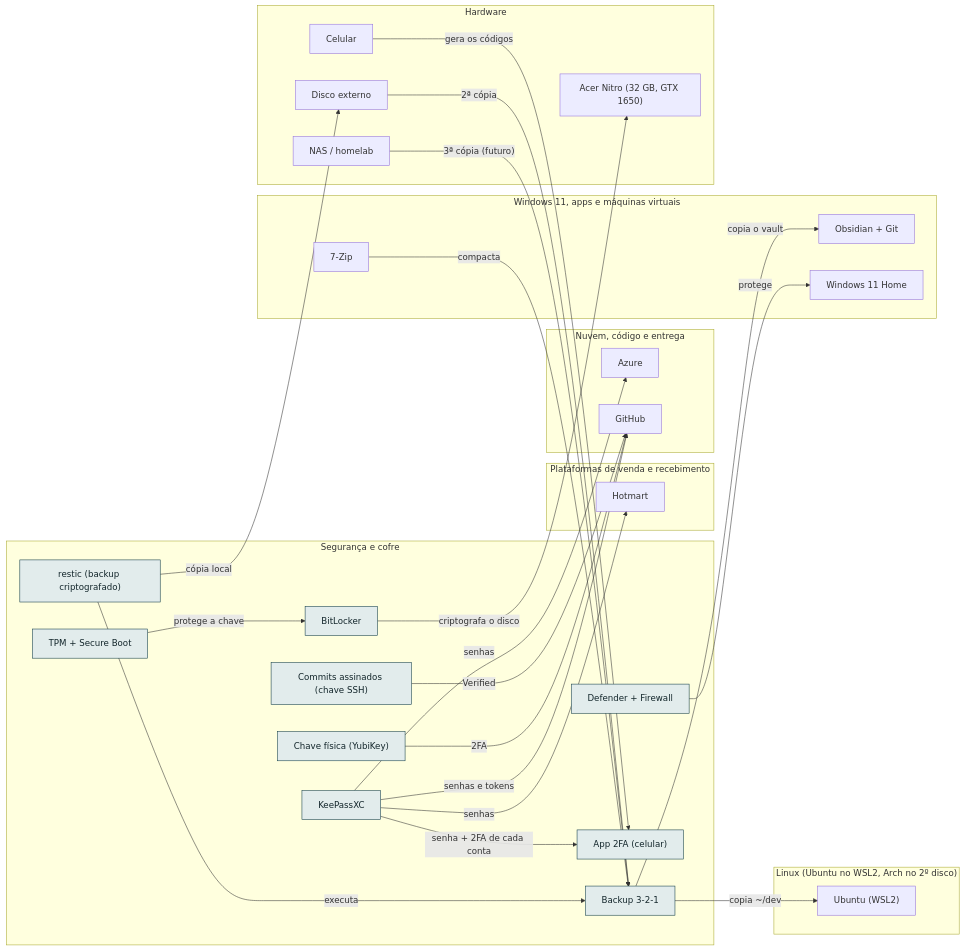
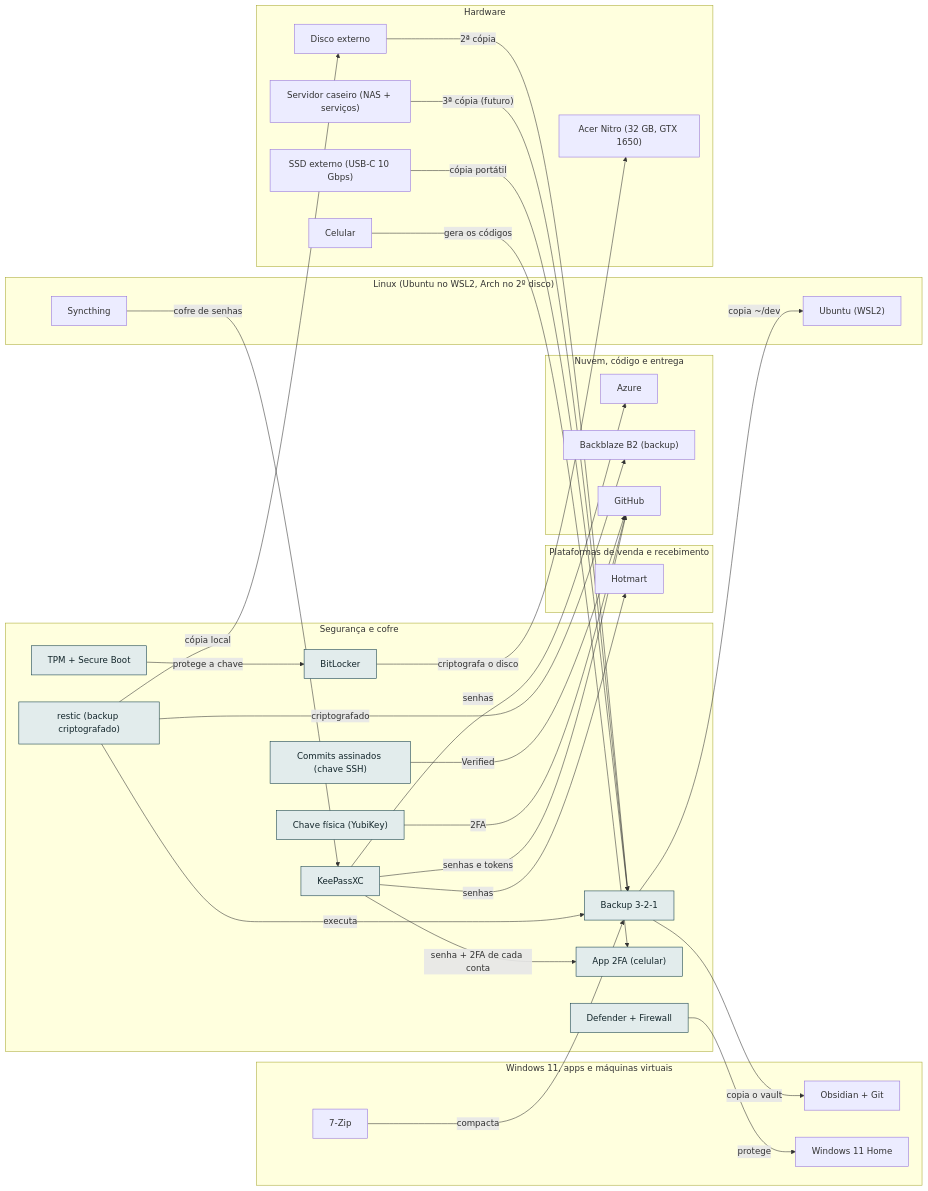
The diagram in docs/camadas/02-seg.md (AlanMateus17/dev-setup), drawn with Mermaid before and after one commit. The commit also changed other lines of this file and 21 other files, not shown here.

````diff
--- a/docs/camadas/02-seg.md
+++ b/docs/camadas/02-seg.md
@@ -14,54 +14,60 @@
 ```mermaid
 flowchart LR
   subgraph L_seg["Segurança e cofre"]
     n_sign["Commits assinados (chave SSH)"]
     n_restic["restic (backup criptografado)"]
     n_ykey["Chave física (YubiKey)"]
     n_tpm["TPM + Secure Boot"]
     n_bitl["BitLocker"]
     n_def["Defender + Firewall"]
     n_kee["KeePassXC"]
     n_tfa["App 2FA (celular)"]
     n_bkp["Backup 3-2-1"]
   end
   subgraph L_venda["Plataformas de venda e recebimento"]
     n_hotm["Hotmart"]
   end
   subgraph L_nuvem["Nuvem, código e entrega"]
     n_azure["Azure"]
+    n_b2["Backblaze B2 (backup)"]
     n_gh["GitHub"]
   end
   subgraph L_lin["Linux (Ubuntu no WSL2, Arch no 2º disco)"]
+    n_syncth["Syncthing"]
     n_wsl["Ubuntu (WSL2)"]
   end
   subgraph L_win["Windows 11, apps e máquinas virtuais"]
     n_obsd["Obsidian + Git"]
     n_w11["Windows 11 Home"]
     n_zip["7-Zip"]
   end
   subgraph L_hw["Hardware"]
     n_cel["Celular"]
     n_ext["Disco externo"]
-    n_nas["NAS / homelab"]
+    n_nas["Servidor caseiro (NAS + serviços)"]
     n_nb["Acer Nitro (32 GB, GTX 1650)"]
+    n_ssdext["SSD externo (USB-C 10 Gbps)"]
   end
   n_sign -->|"Verified"| n_gh
   n_restic -->|"cópia local"| n_ext
   n_restic -->|"executa"| n_bkp
+  n_restic -->|"criptografado"| n_b2
   n_ykey -->|"2FA"| n_gh
   n_tpm -->|"protege a chave"| n_bitl
   n_bitl -->|"criptografa o disco"| n_nb
   n_def -->|"protege"| n_w11
   n_kee -->|"senha + 2FA de cada conta"| n_tfa
   n_kee -->|"senhas e tokens"| n_gh
   n_kee -->|"senhas"| n_hotm
   n_kee -->|"senhas"| n_azure
+  n_syncth -->|"cofre de senhas"| n_kee
   n_cel -->|"gera os códigos"| n_tfa
   n_bkp -->|"copia ~/dev"| n_wsl
   n_bkp -->|"copia o vault"| n_obsd
   n_ext -->|"2ª cópia"| n_bkp
   n_nas -->|"3ª cópia (futuro)"| n_bkp
   n_zip -->|"compacta"| n_bkp
+  n_ssdext -->|"cópia portátil"| n_bkp
   classDef desta fill:#e2ecec,stroke:#0e3a45,color:#13262b
   class n_sign,n_restic,n_ykey,n_tpm,n_bitl,n_def,n_kee,n_tfa,n_bkp desta
 ```
````
